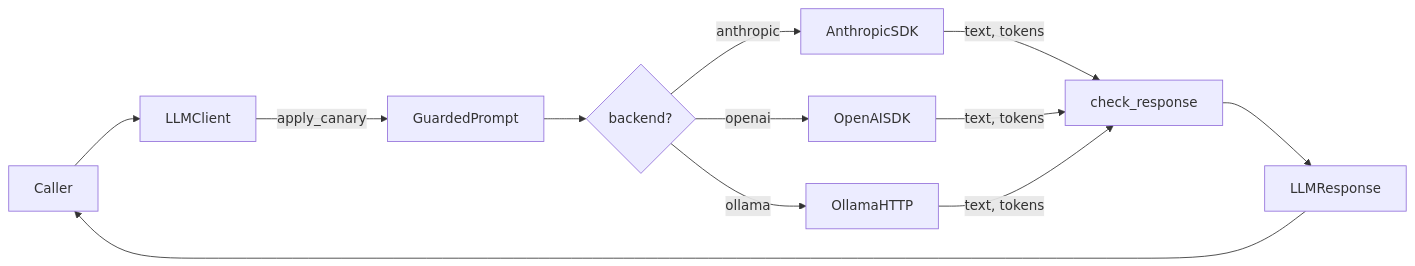
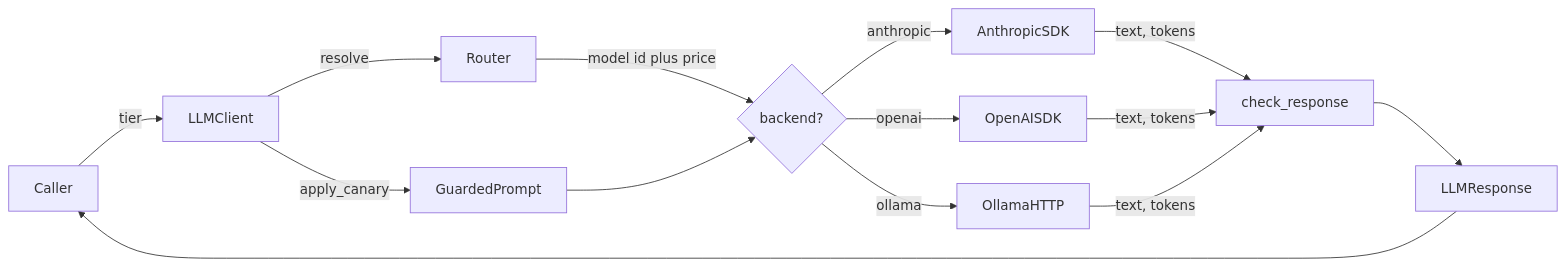
The first of 2 diagrams in README.md (shep-engineering/waygate-ai), drawn with Mermaid before and after one commit. The commit also changed other lines of this file and 8 other files, not shown here.

````diff
--- a/README.md
+++ b/README.md
@@ -58,12 +123,14 @@
 ```mermaid
 flowchart LR
-  Caller --> LLMClient
+  Caller -->|"tier"| LLMClient
   LLMClient -->|apply_canary| GuardedPrompt
+  LLMClient -->|resolve| Router
+  Router -->|"model id plus price"| dispatch
   GuardedPrompt --> dispatch{backend?}
   dispatch -->|anthropic| AnthropicSDK
   dispatch -->|openai| OpenAISDK
   dispatch -->|ollama| OllamaHTTP
   AnthropicSDK & OpenAISDK & OllamaHTTP -->|text, tokens| check_response
   check_response --> LLMResponse
   LLMResponse --> Caller
 ```
````
